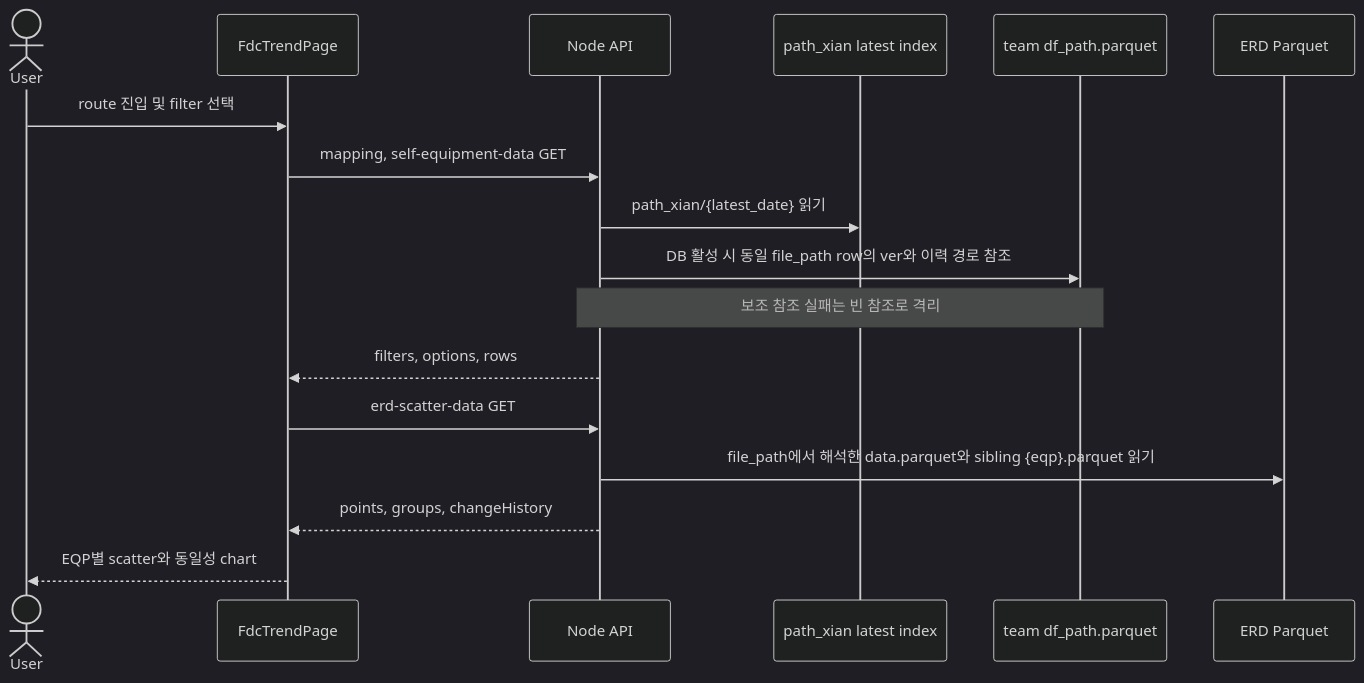
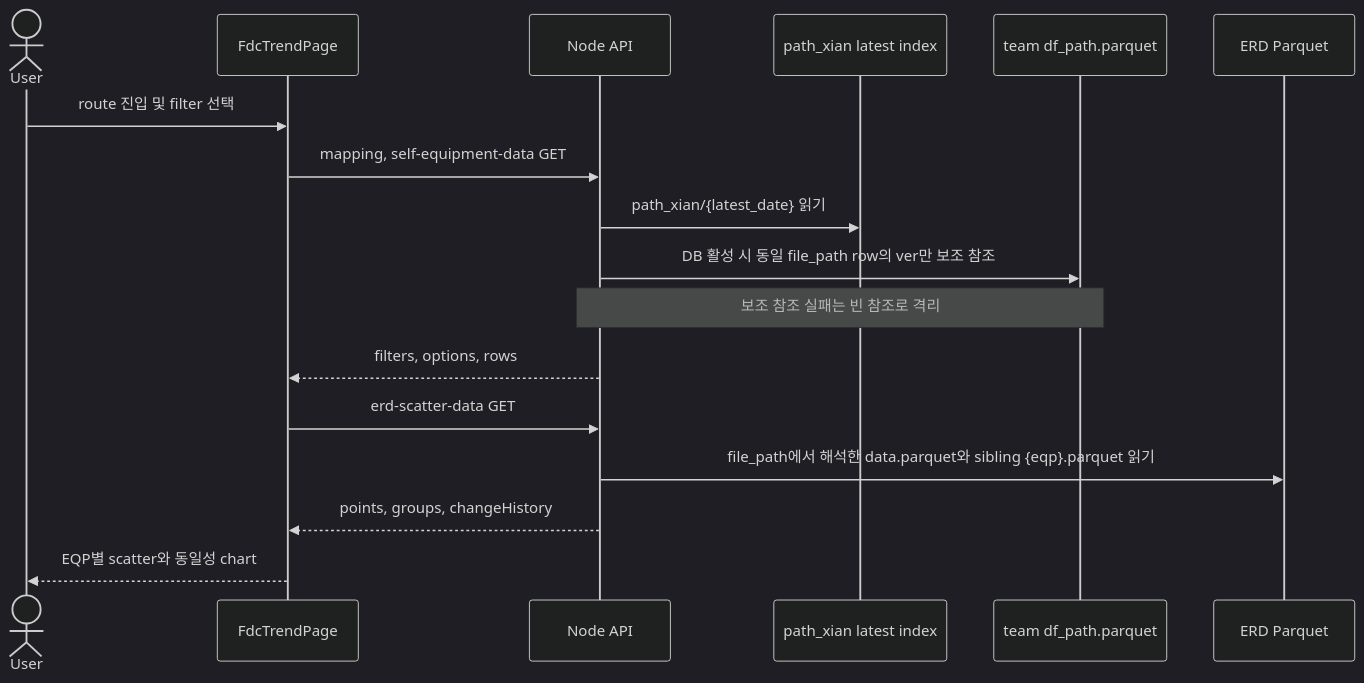
Before and after one commit to mlbarod/l0_spider_scs: the diagram in docs/features/self-equipment.md, drawn with Mermaid (dark theme). The commit also changed other lines of this file and 12 other files, not shown here.

````diff
--- a/docs/features/self-equipment.md
+++ b/docs/features/self-equipment.md
@@ -139,19 +139,19 @@
 ```mermaid
 sequenceDiagram
     actor User
     participant Browser as FdcTrendPage
     participant API as Node API
     participant Index as path_xian latest index
     participant Ref as team df_path.parquet
     participant Erd as ERD Parquet
     User->>Browser: route 진입 및 filter 선택
     Browser->>API: mapping, self-equipment-data GET
     API->>Index: path_xian/{latest_date} 읽기
-    API->>Ref: DB 활성 시 동일 file_path row의 ver와 이력 경로 참조
+    API->>Ref: DB 활성 시 동일 file_path row의 ver만 보조 참조
     Note over API,Ref: 보조 참조 실패는 빈 참조로 격리
     API-->>Browser: filters, options, rows
     Browser->>API: erd-scatter-data GET
     API->>Erd: file_path에서 해석한 data.parquet와 sibling {eqp}.parquet 읽기
     API-->>Browser: points, groups, changeHistory
     Browser-->>User: EQP별 scatter와 동일성 chart
 ```
````
